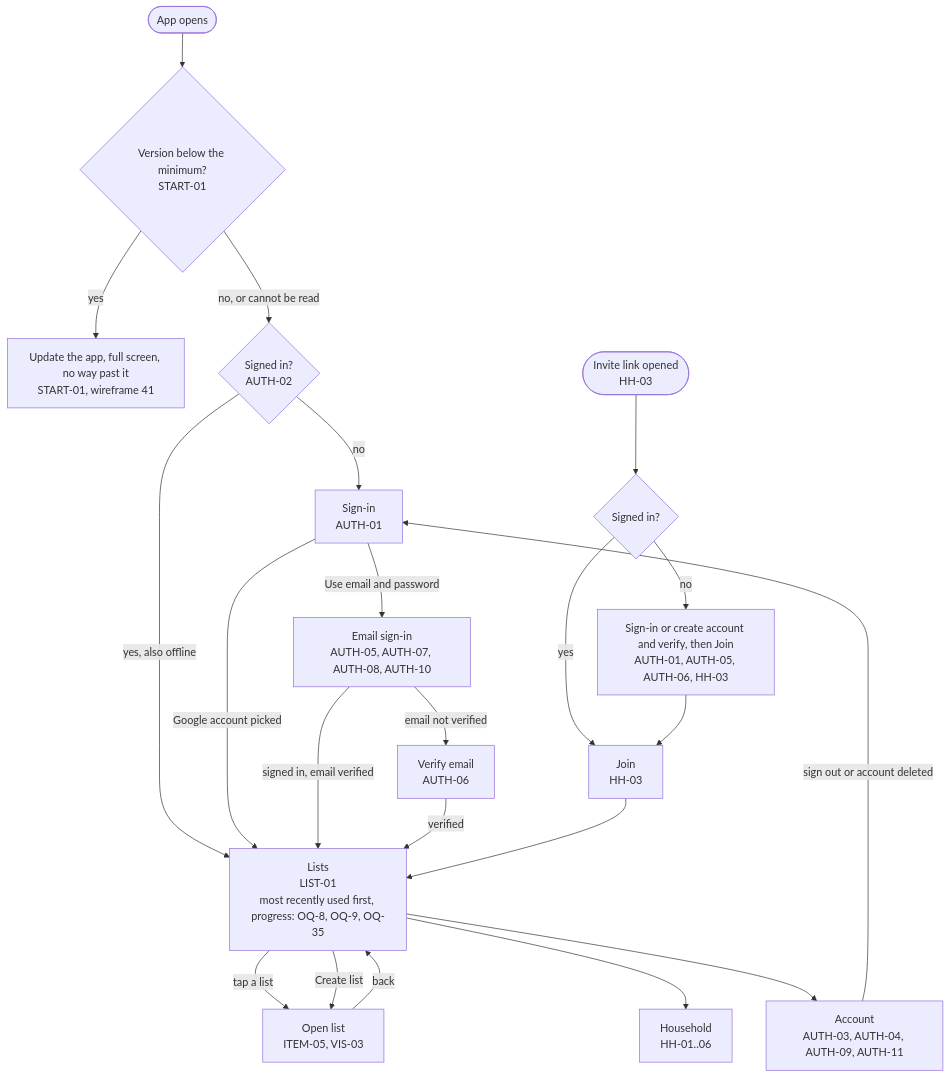
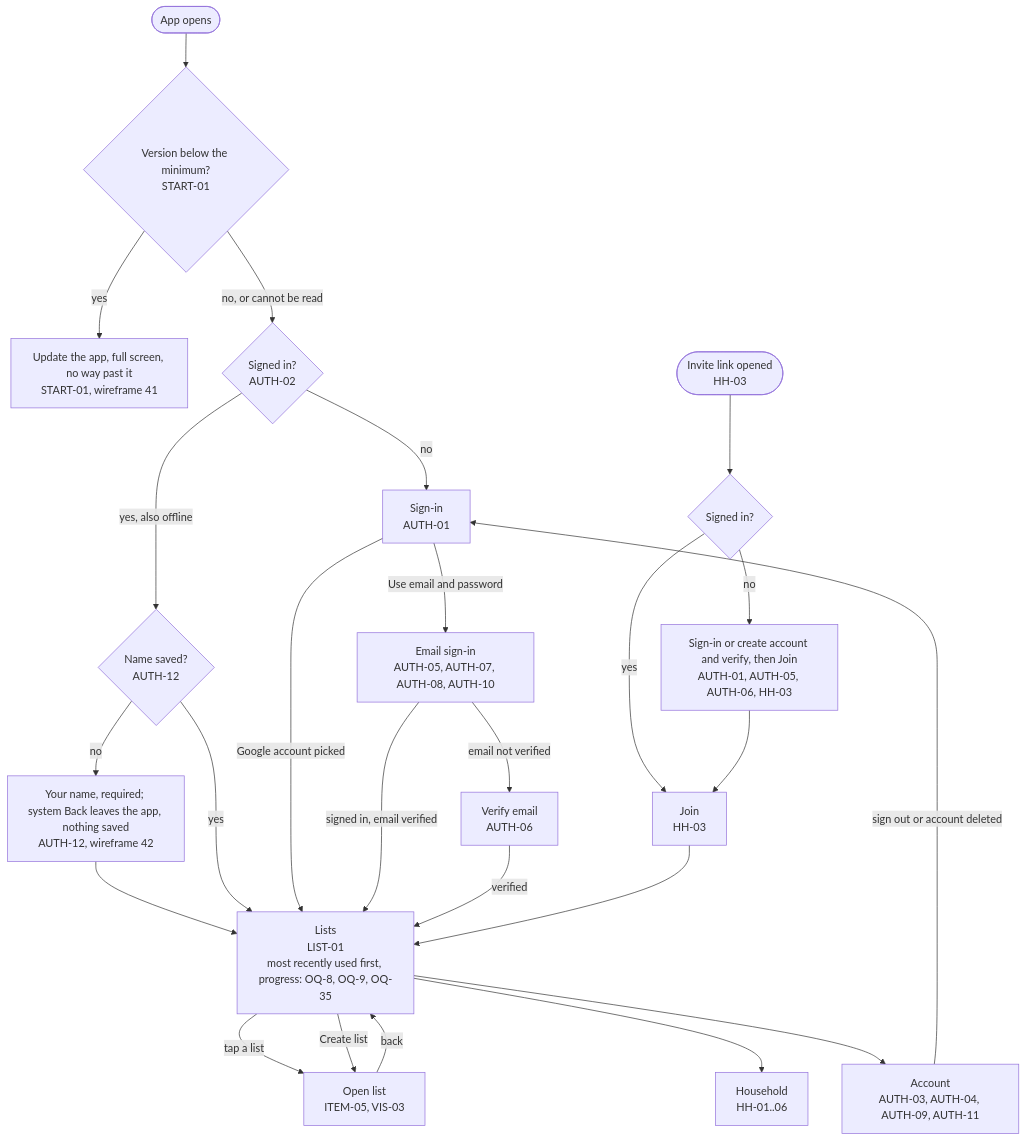
The first of 11 diagrams in docs/product/flow.md (bondo/listicles2), drawn with Mermaid before and after one commit. The commit also changed other lines of this file and 11 other files, not shown here.

First line of the commit message:
docs: round 2 nits (OQ-34 refs, wireframe 45 title, README range, name step in the app-start flow)

````diff
--- a/docs/product/flow.md
+++ b/docs/product/flow.md
@@ -31,24 +31,26 @@
 ```mermaid
 flowchart TD
     start(["App opens"]) --> gate{"Version below the minimum?<br>START-01"}
     gate -- "yes" --> upd["Update the app, full screen, no way past it<br>START-01, wireframe 41"]
     gate -- "no, or cannot be read" --> signed{"Signed in?<br>AUTH-02"}
     signed -- "no" --> signin["Sign-in<br>AUTH-01"]
-    signed -- "yes, also offline" --> lists["Lists<br>LIST-01<br>most recently used first, progress: OQ-8, OQ-9, OQ-35"]
+    signed -- "yes, also offline" --> named{"Name saved?<br>AUTH-12"}
+    named -- "no" --> nm0["Your name, required; system Back leaves the app, nothing saved<br>AUTH-12, wireframe 42"] --> lists
+    named -- "yes" --> lists["Lists<br>LIST-01<br>most recently used first, progress: OQ-8, OQ-9, OQ-35"]
     signin -- "Google account picked" --> lists
     signin -- "Use email and password" --> email["Email sign-in<br>AUTH-05, AUTH-07, AUTH-08, AUTH-10"]
     email -- "signed in, email verified" --> lists
     email -- "email not verified" --> verify["Verify email<br>AUTH-06"]
     verify -- "verified" --> lists
     link(["Invite link opened<br>HH-03"]) --> signed2{"Signed in?"}
     signed2 -- "no" --> signin2["Sign-in or create account and verify, then Join<br>AUTH-01, AUTH-05, AUTH-06, HH-03"]
     signed2 -- "yes" --> join["Join<br>HH-03"]
     signin2 --> join
     join --> lists
     lists -- "tap a list" --> open["Open list<br>ITEM-05, VIS-03"]
     lists -- "Create list" --> open
     lists --> household["Household<br>HH-01..06"]
     lists --> account["Account<br>AUTH-03, AUTH-04, AUTH-09, AUTH-11"]
     open -- "back" --> lists
     account -- "sign out or account deleted" --> signin
 ```
````
